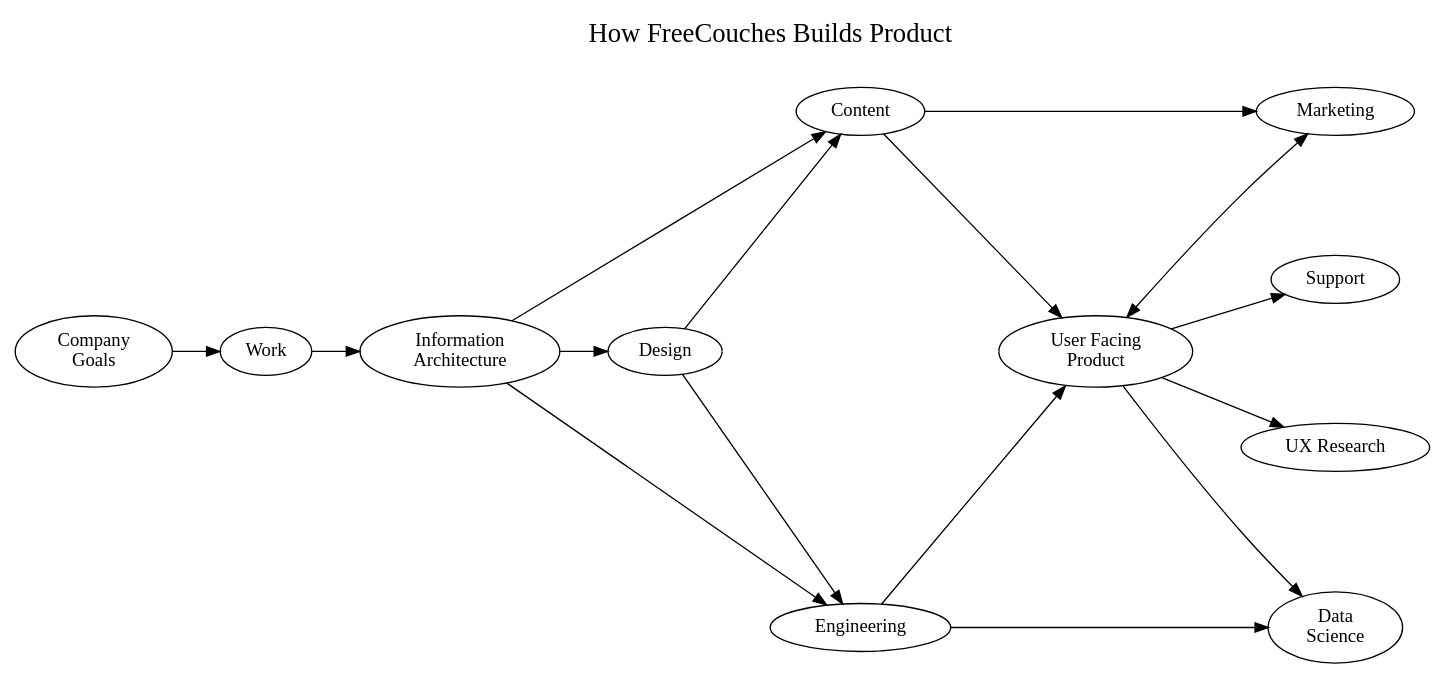
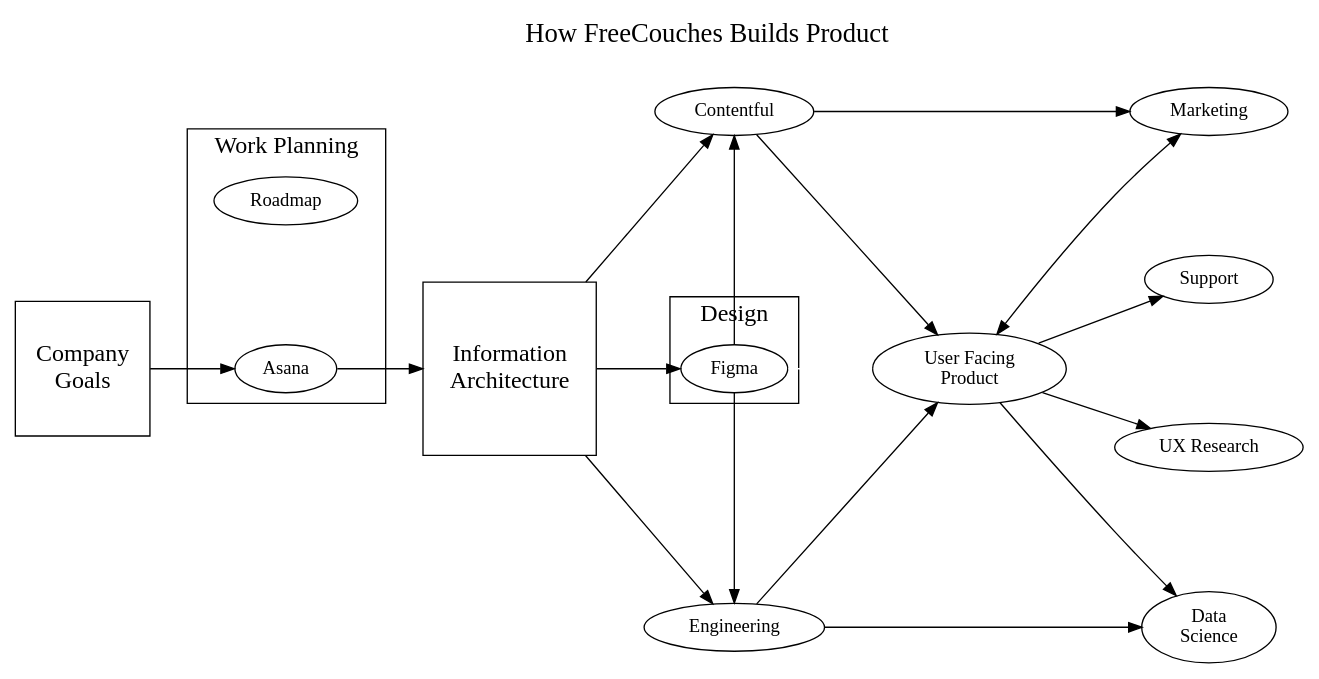
The diagram in _docs/product.dot (freecouches/freecouches), drawn with Graphviz before and after one commit.

Commit message:
Save wip

```diff
--- a/_docs/product.dot
+++ b/_docs/product.dot
@@ -1,58 +1,80 @@
 digraph unix {
     //overall graph
     rankdir="LR";
     nodesep=1.25;
 
     //heading
+    fontsize="20pt"
     label="How FreeCouches Builds Product\r\n";
     labelloc="t";
-    fontsize="20pt"
 
     // nodes 
-    company_goals [label="Company\nGoals"] 
-    work [label="Work"]
-    info_arch [label="Information\nArchitecture"] 
-    design [label="Design"] 
-    content [label="Content"] 
-    eng [label="Engineering"] 
+    company_goals [label="Company\nGoals";shape=square;fontsize="18pt"] 
+    subgraph cluster_work {
+        fontsize="18pt"
+        label="Work Planning"
+        roadmap [label="Roadmap"]
+        asana [label="Asana"]
+    }
+    info_arch [label="Information\nArchitecture";shape=square;fontsize="18pt"] 
+
+    subgraph cluster_design {
+        fontsize="18pt"
+        label="Design"
+        figma [label="Figma"] 
+    }
+    
+
+    subgraph cluster_content {
+        fontsize="18pt"
+        label="Content"
+        contentful [label="Contentful"] 
+    }
+    subgraph cluster_eng {
+        fontsize="18pt"
+        label="Engineering"
+        eng [label="Engineering"] 
+    
+    }
+    
     user_product [label="User Facing\nProduct"] 
     marketing [label="Marketing"]
     ux_research [label="UX Research"]
     support [label="Support"]
     data_science [label="Data\nScience"]
 
     // Node placement
     //// vertical node placement
-    {rank=same content; eng};
+    {rank=same contentful; eng};
     {rank=same marketing; data_science};
     {rank=same ux_research; support};
 
     //// horizontal node placement
-    company_goals[group=g1];work[group=g1];info_arch[group=g1];design[group=g1];user_product[group=g1];
+    company_goals[group=g1];asana[group=g1];info_arch[group=g1];figma[group=g1];user_product[group=g1];
 
-    content[group=g2];marketing[group=g2];
+    contentful[group=g2];marketing[group=g2];
     
     eng[group=g3];data_science[group=g3];
 
     // connections
-    company_goals -> work -> info_arch -> design 
-    design->user_product[color=white;dir=none];
+    company_goals -> asana -> info_arch -> figma
+    figma->user_product[color=white;dir=none];
 
-    info_arch -> content
+    info_arch -> contentful
     info_arch -> eng
 
-    design -> content
-    design -> eng
+    figma -> contentful
+    figma -> eng
 
-    content -> user_product
-    content -> marketing
+    contentful -> user_product
+    contentful -> marketing
 
     eng -> user_product
     eng -> data_science
 
     user_product -> marketing [dir="both"];
     user_product -> ux_research;
     user_product -> support;
     user_product -> data_science;
     
 }
```
